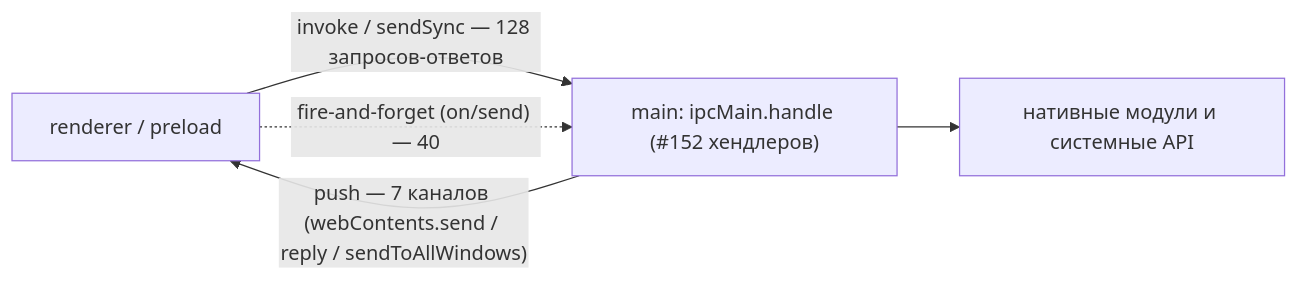
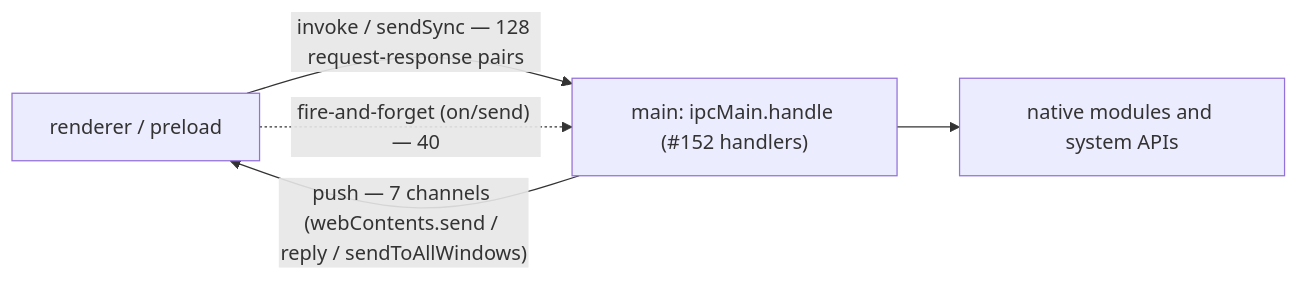
One commit to Userbash/chord changed the second of 6 diagrams in docs/re/architecture.md. Above: the diagram before and after it, drawn with Mermaid. The commit also changed other lines of this file and 2279 other files, not shown here.

````diff
--- a/docs/re/architecture.md
+++ b/docs/re/architecture.md
@@ -52,7 +47,7 @@
 ```mermaid
 flowchart LR
-  R["renderer / preload"] -->|"invoke / sendSync — 128 запросов-ответов"| M["main: ipcMain.handle (#152 хендлеров)"]
-  M -->|"push — 7 каналов (webContents.send / reply / sendToAllWindows)"| R
+  R["renderer / preload"] -->|"invoke / sendSync — 128 request-response pairs"| M["main: ipcMain.handle (#152 handlers)"]
+  M -->|"push — 7 channels (webContents.send / reply / sendToAllWindows)"| R
   R -. "fire-and-forget (on/send) — 40" .-> M
-  M --> N["нативные модули и системные API"]
+  M --> N["native modules and system APIs"]
 ```
````
